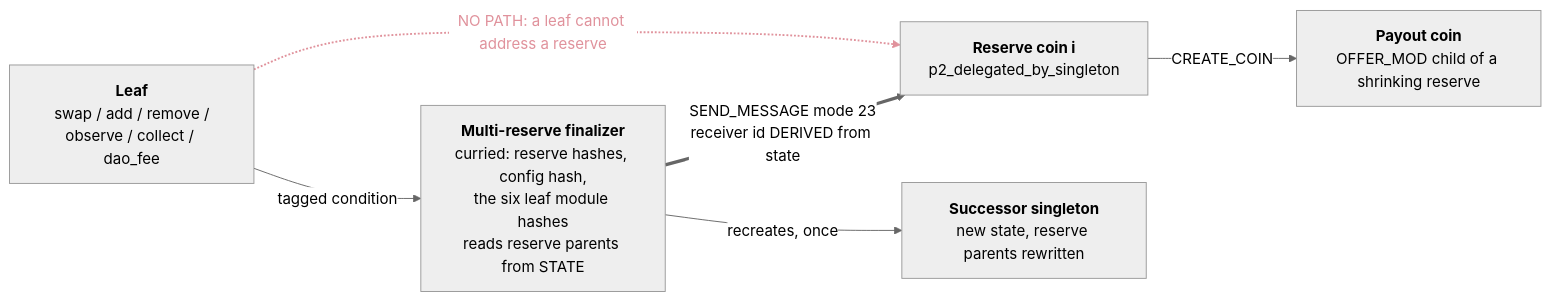
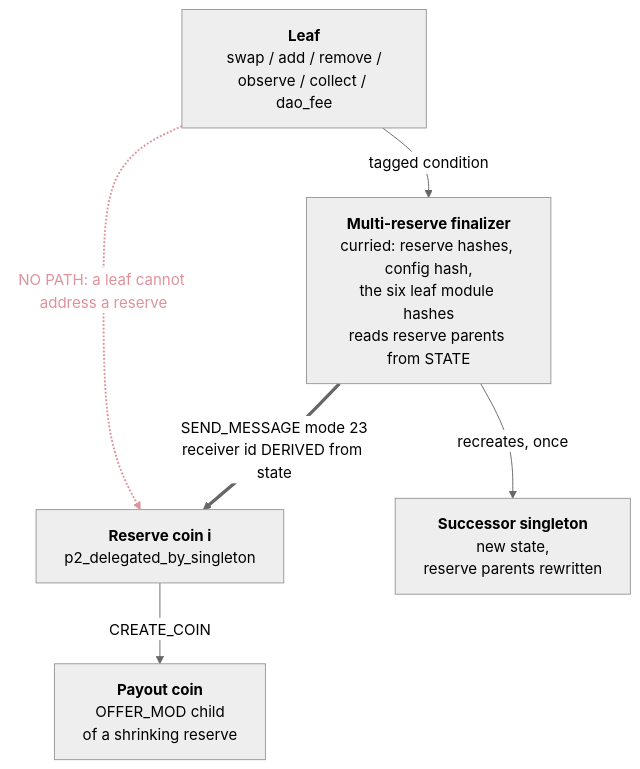
The diagram in docs/chip/assets/chip-0062/pool-spend.mmd (awizardxch/forge-puzzles), drawn with Mermaid (neutral theme) before and after one commit. The commit also changed 4 other files, not shown here.

```diff
--- a/docs/chip/assets/chip-0062/pool-spend.mmd
+++ b/docs/chip/assets/chip-0062/pool-spend.mmd
@@ -1,14 +1,14 @@
-flowchart LR
+flowchart TB
     LEAF["<b>Leaf</b><br/>swap / add / remove /<br/>observe / collect / dao_fee"]
     FIN["<b>Multi-reserve finalizer</b><br/>curried: reserve hashes, config hash,<br/>the six leaf module hashes<br/>reads reserve parents from STATE"]
     RES["<b>Reserve coin i</b><br/>p2_delegated_by_singleton"]
-    SUCC["<b>Successor singleton</b><br/>new state, reserve parents rewritten"]
-    PAY["<b>Payout coin</b><br/>OFFER_MOD child of a shrinking reserve"]
+    SUCC["<b>Successor singleton</b><br/>new state,<br/>reserve parents rewritten"]
+    PAY["<b>Payout coin</b><br/>OFFER_MOD child<br/>of a shrinking reserve"]
 
     LEAF -->|"tagged condition"| FIN
     FIN ==>|"SEND_MESSAGE mode 23<br/>receiver id DERIVED from state"| RES
     FIN -->|"recreates, once"| SUCC
     RES -->|"CREATE_COIN"| PAY
     LEAF -.->|"NO PATH: a leaf cannot address a reserve"| RES
 
     linkStyle 4 stroke:#e0929c,stroke-width:2px,color:#e0929c
```
